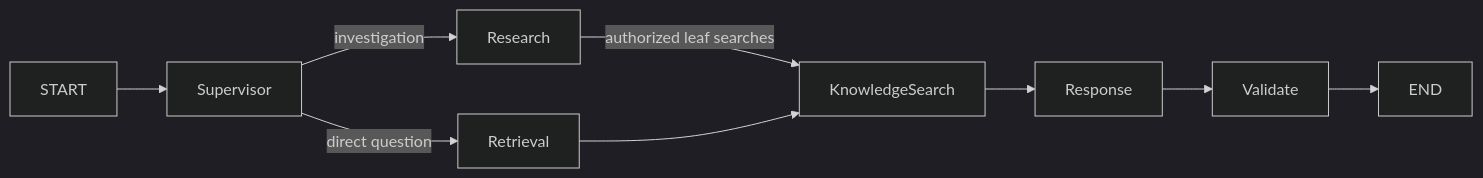
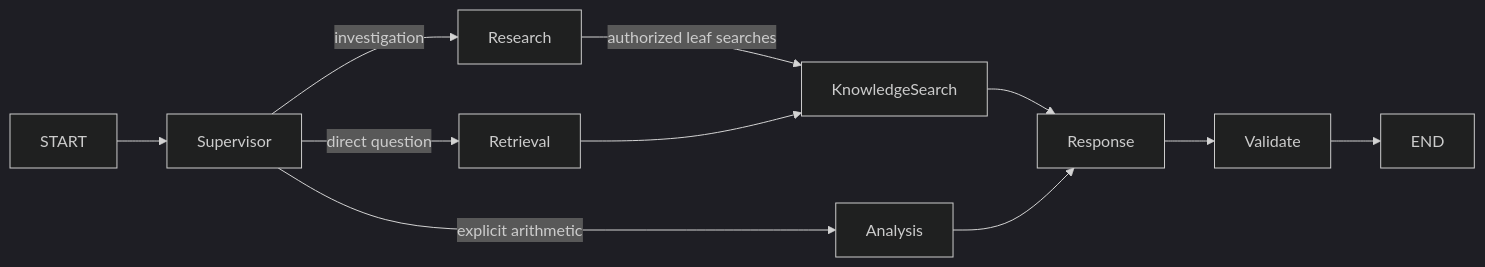
One commit to Thavarshan/enterprise-knowledge-assistant changed the diagram in docs/agent-design.md. Above: the diagram before and after it, drawn with Mermaid (dark theme). The commit also changed other lines of this file and 24 other files, not shown here.

````diff
--- a/docs/agent-design.md
+++ b/docs/agent-design.md
@@ -11,11 +11,13 @@
 ```mermaid
 flowchart LR
   START --> Supervisor
   Supervisor -->|direct question| Retrieval
   Supervisor -->|investigation| Research
+  Supervisor -->|explicit arithmetic| Analysis
   Research -->|authorized leaf searches| KnowledgeSearch
   Retrieval --> KnowledgeSearch
   KnowledgeSearch --> Response
+  Analysis --> Response
   Response --> Validate
   Validate --> END
 ```
````
